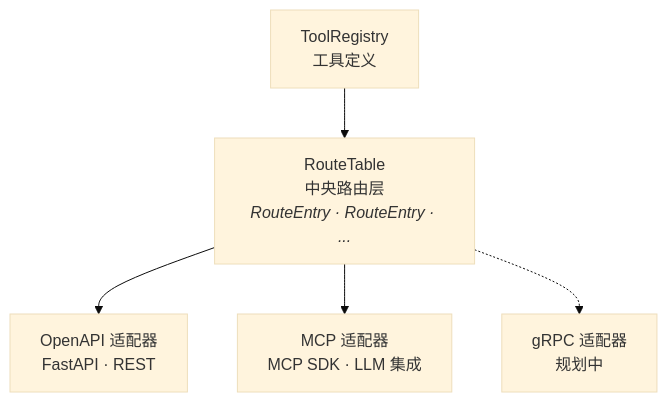
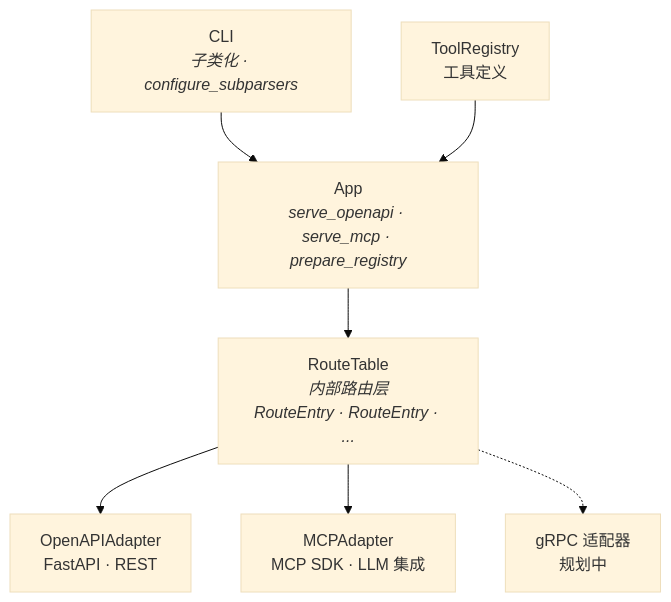
The diagram in docs/index.md (Oaklight/toolregistry-server), drawn with Mermaid (base theme) before and after one commit. The commit also changed other lines of this file, not shown here.

Commit message:
docs: 更新 index.md 以反映 v0.4.0 App 编排层

````diff
--- a/docs/index.md
+++ b/docs/index.md
@@ -74,13 +73,17 @@
 ```mermaid
 graph TD
+    CLI[CLI<br/><i>子类化 · configure_subparsers</i>]
+    APP[App<br/><i>serve_openapi · serve_mcp · prepare_registry</i>]
+    RT[RouteTable<br/><i>内部路由层<br/>RouteEntry · RouteEntry · ...</i>]
+    OA[OpenAPIAdapter<br/>FastAPI · REST]
+    MA[MCPAdapter<br/>MCP SDK · LLM 集成]
+    GA[gRPC 适配器<br/>规划中]
     TR[ToolRegistry<br/>工具定义]
-    RT[RouteTable<br/>中央路由层<br/><i>RouteEntry · RouteEntry · ...</i>]
-    OA[OpenAPI 适配器<br/>FastAPI · REST]
-    MA[MCP 适配器<br/>MCP SDK · LLM 集成]
-    GA[gRPC 适配器<br/>规划中]
 
-    TR --> RT
+    CLI --> APP
+    TR --> APP
+    APP --> RT
     RT --> OA
     RT --> MA
     RT -.-> GA
 ```
````
